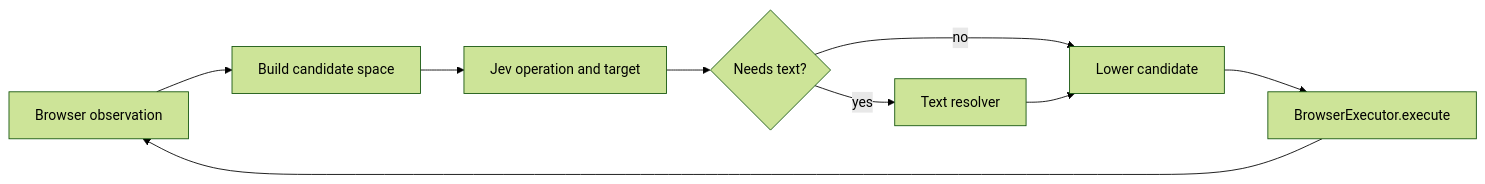
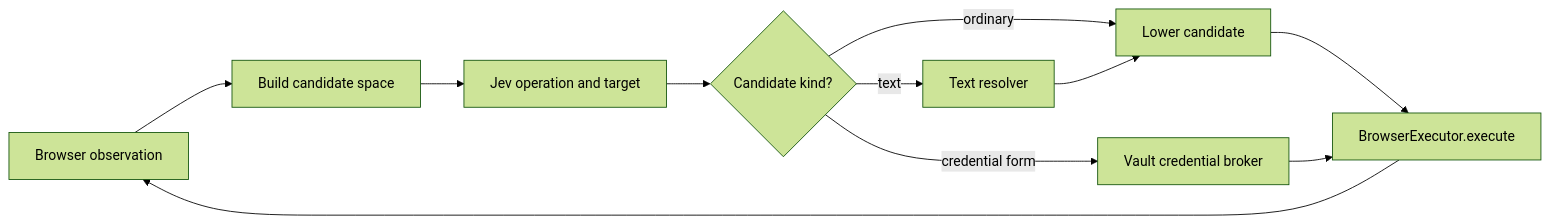
The diagram in packages/browser-loop/examples/jev-system-one/README.md (kernel/browser-loop), drawn with Mermaid (forest theme) before and after one commit. The commit also changed other lines of this file and 22 other files, not shown here.

Commit message:
Add Kernel Vault credential handling to Jev

````diff
--- a/packages/browser-loop/examples/jev-system-one/README.md
+++ b/packages/browser-loop/examples/jev-system-one/README.md
@@ -17,11 +18,13 @@
 ```mermaid
 flowchart LR
   O[Browser observation] --> C[Build candidate space]
   C --> J[Jev operation and target]
-  J --> R{Needs text?}
-  R -->|no| L[Lower candidate]
-  R -->|yes| T[Text resolver]
+  J --> R{Candidate kind?}
+  R -->|ordinary| L[Lower candidate]
+  R -->|text| T[Text resolver]
+  R -->|credential form| V[Vault credential broker]
   T --> L
   L --> E[BrowserExecutor.execute]
+  V --> E
   E --> O
 ```
````
